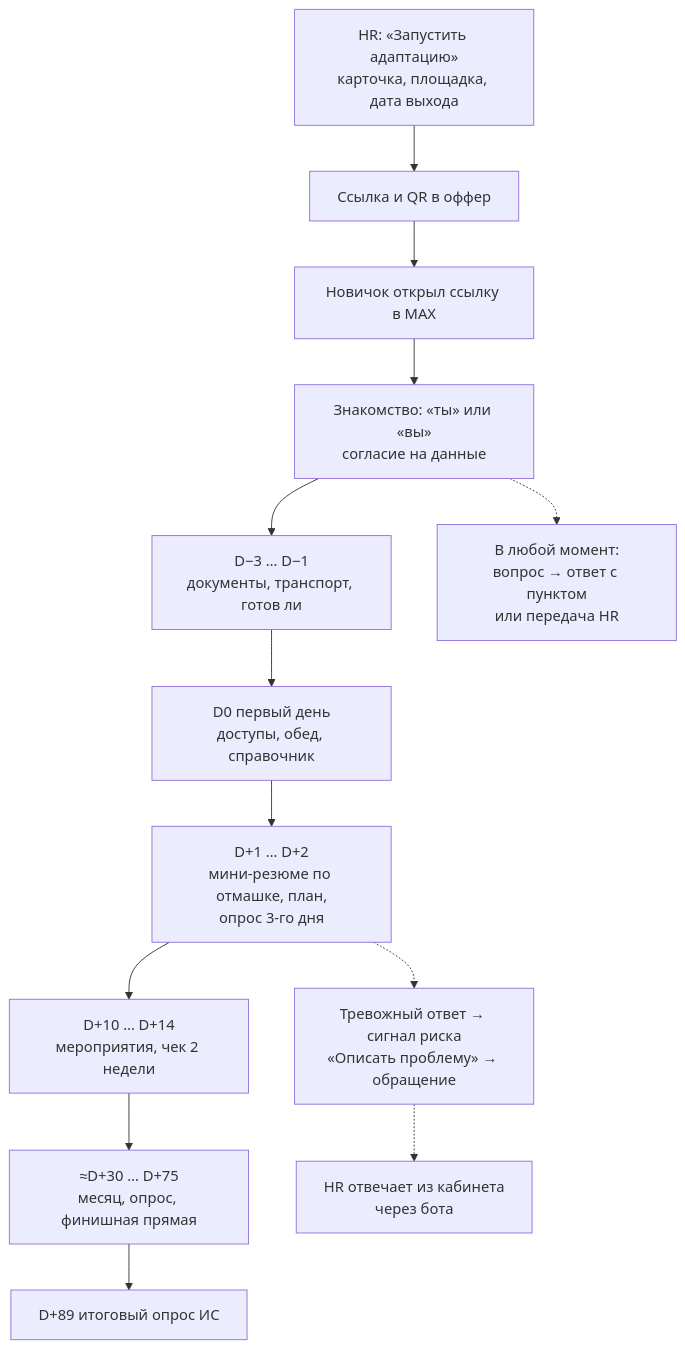
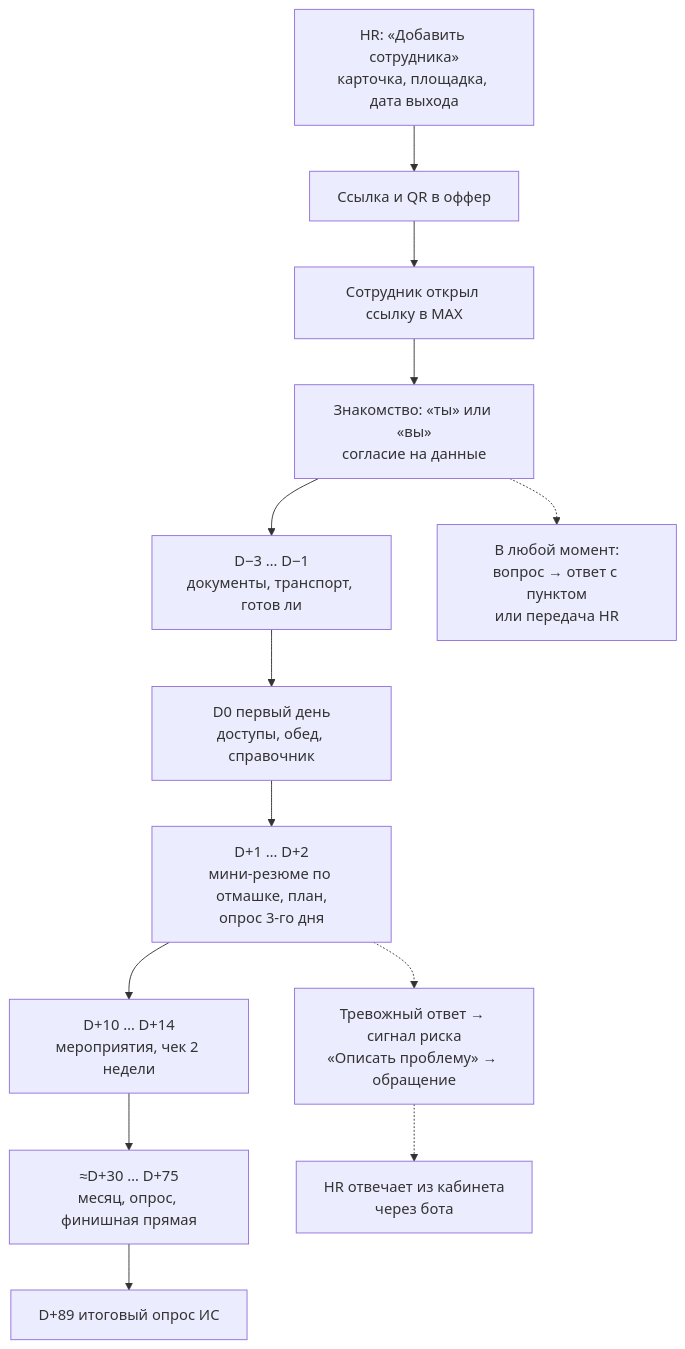
One commit to kunak-agency/polyplastic-bot changed the second of 2 diagrams in agency/system/Human/01-platform-overview.md. Above: the diagram before and after it, drawn with Mermaid. The commit also changed other lines of this file and 99 other files, not shown here.

````diff
--- a/agency/system/Human/01-platform-overview.md
+++ b/agency/system/Human/01-platform-overview.md
@@ -74,15 +74,15 @@
 ```mermaid
 flowchart TD
-    A["HR: «Запустить адаптацию»<br/>карточка, площадка, дата выхода"] --> B["Ссылка и QR в оффер"]
-    B --> C["Новичок открыл ссылку в MAX"]
+    A["HR: «Добавить сотрудника»<br/>карточка, площадка, дата выхода"] --> B["Ссылка и QR в оффер"]
+    B --> C["Сотрудник открыл ссылку в MAX"]
     C --> D["Знакомство: «ты» или «вы»<br/>согласие на данные"]
     D --> E["D−3 … D−1<br/>документы, транспорт, готов ли"]
     E --> F["D0 первый день<br/>доступы, обед, справочник"]
     F --> G["D+1 … D+2<br/>мини-резюме по отмашке, план,<br/>опрос 3-го дня"]
     G --> H["D+10 … D+14<br/>мероприятия, чек 2 недели"]
     H --> I["≈D+30 … D+75<br/>месяц, опрос, финишная прямая"]
     I --> J["D+89 итоговый опрос ИС"]
     D -.-> Q["В любой момент:<br/>вопрос → ответ с пунктом<br/>или передача HR"]
     G -.-> R["Тревожный ответ → сигнал риска<br/>«Описать проблему» → обращение"]
     R -.-> HRC["HR отвечает из кабинета<br/>через бота"]
 ```
````
